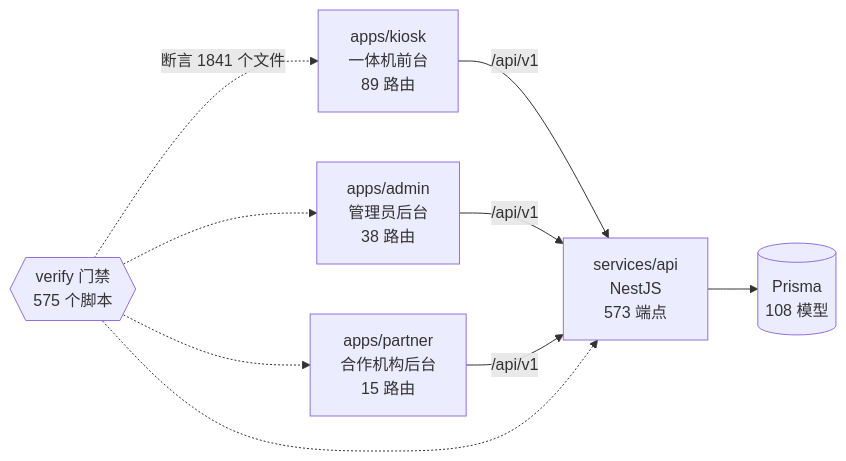
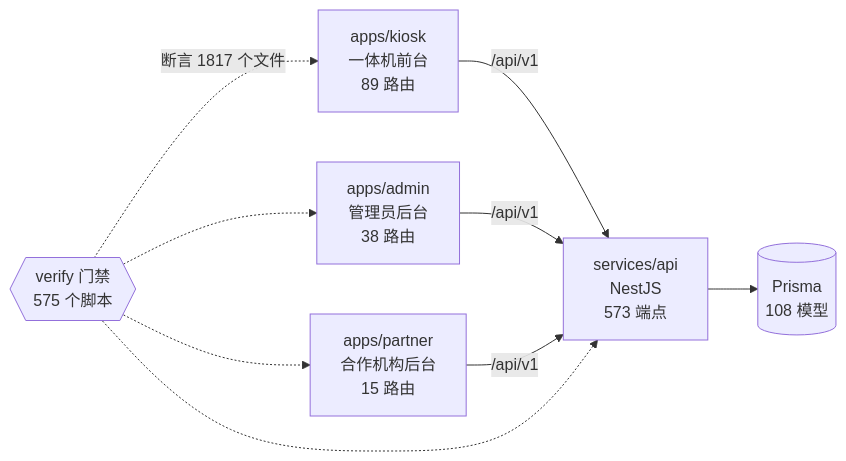
Before and after one commit to wanglei581/YITIJI: the diagram in docs/graph/README.md, drawn with Mermaid. The commit also changed other lines of this file and 102 other files, not shown here.

````diff
--- a/docs/graph/README.md
+++ b/docs/graph/README.md
@@ -68,18 +68,18 @@
 ```mermaid
 flowchart LR
   kiosk["apps/kiosk<br/>一体机前台<br/>89 路由"]
   admin["apps/admin<br/>管理员后台<br/>38 路由"]
   partner["apps/partner<br/>合作机构后台<br/>15 路由"]
   api["services/api<br/>NestJS<br/>573 端点"]
   db[("Prisma<br/>108 模型")]
   gates{{"verify 门禁<br/>575 个脚本"}}
 
   kiosk -->|"/api/v1"| api
   admin -->|"/api/v1"| api
   partner -->|"/api/v1"| api
   api --> db
-  gates -.->|"断言 1841 个文件"| kiosk
+  gates -.->|"断言 1817 个文件"| kiosk
   gates -.-> admin
   gates -.-> partner
   gates -.-> api
 ```
````
